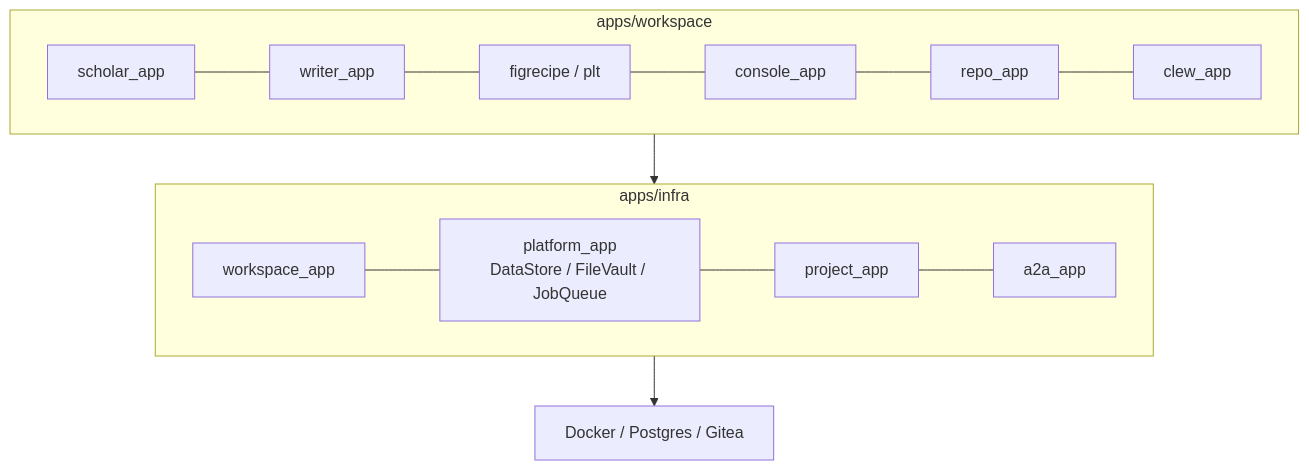
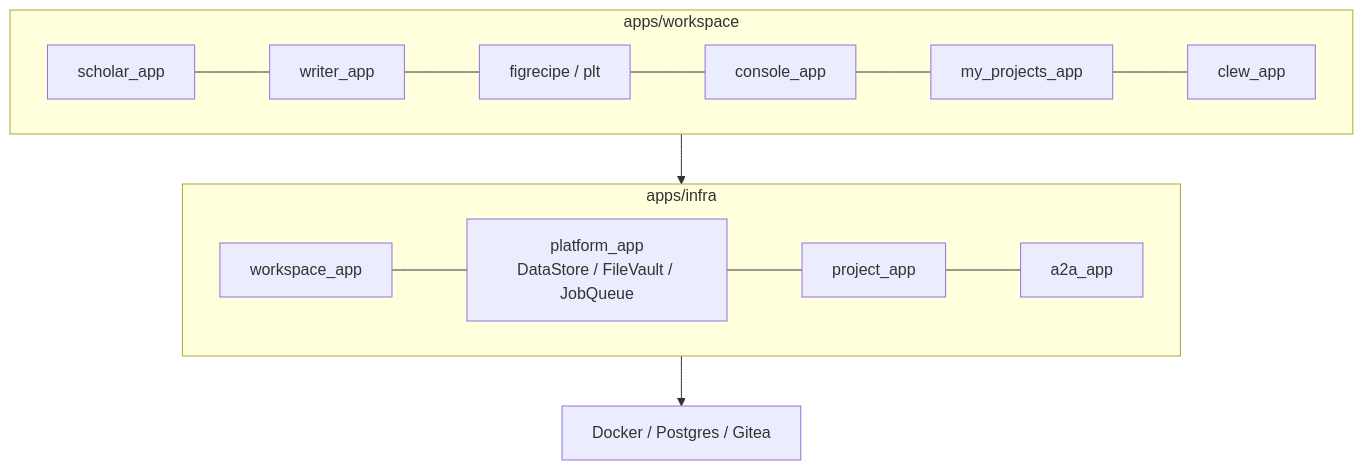
Before and after one commit to scitex-ai/scitex-hub: the diagram in README.md, drawn with Mermaid. The commit also changed other lines of this file and 197 other files, not shown here.

````diff
--- a/README.md
+++ b/README.md
@@ -67,17 +67,17 @@
 ```mermaid
 graph TB
     subgraph workspace[apps/workspace]
         S[scholar_app] --- W[writer_app]
         W --- F[figrecipe / plt]
         F --- CN[console_app]
-        CN --- H[repo_app]
+        CN --- H[my_projects_app]
         H --- CW[clew_app]
     end
     subgraph infra[apps/infra]
         WS[workspace_app] --- PA[platform_app<br/>DataStore / FileVault / JobQueue]
         PA --- PR[project_app]
         PR --- A2[a2a_app]
     end
     workspace --> infra
     infra --> DK[Docker / Postgres / Gitea]
 ```
````
